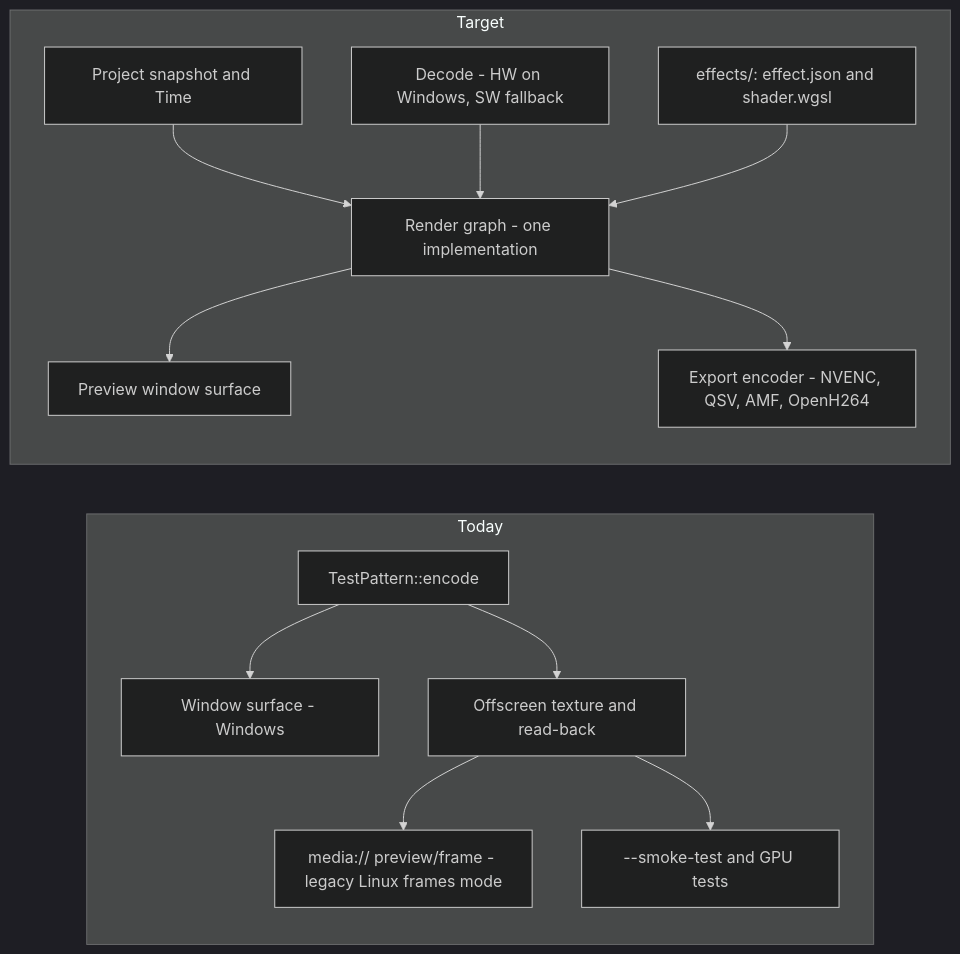
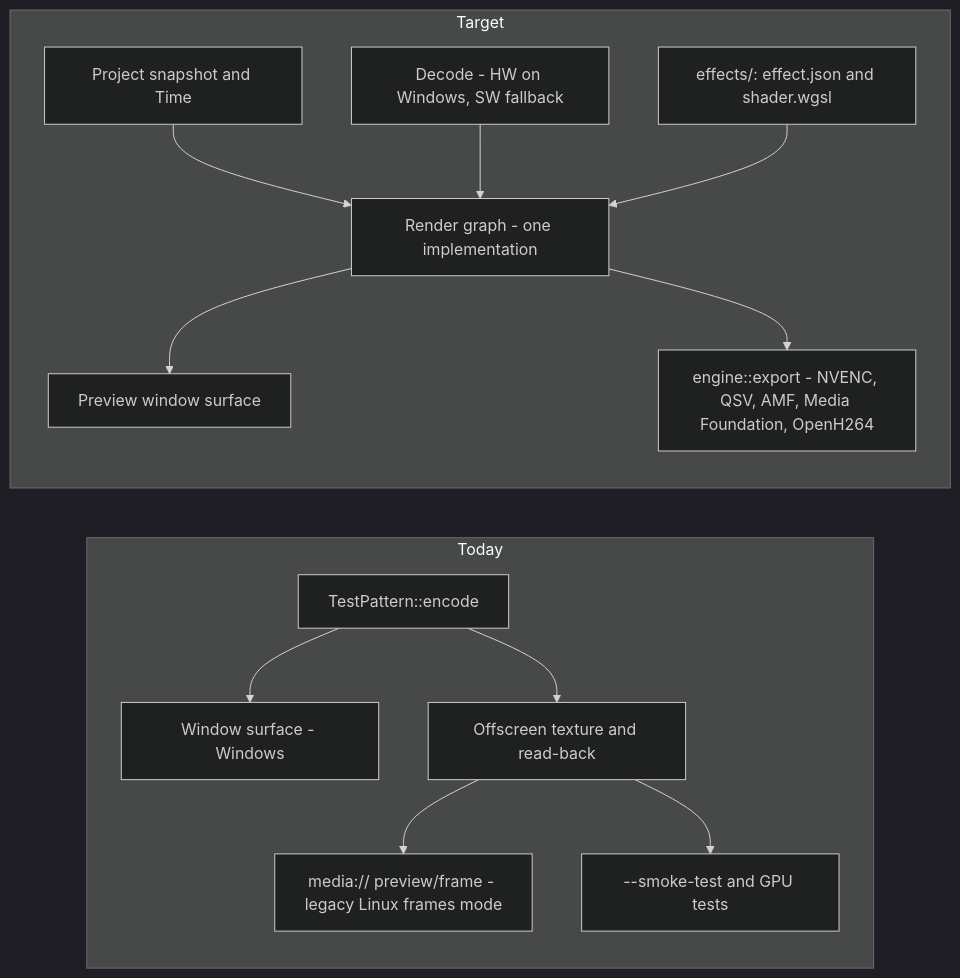
The fourth of 7 diagrams in docs/architecture.md (emicon123/cutframe), drawn with Mermaid (dark theme) before and after one commit. The commit also changed other lines of this file and 1 other file, not shown here.

First line of the commit message:
docs: point the architecture overview at the render, playback and export designs

````diff
--- a/docs/architecture.md
+++ b/docs/architecture.md
@@ -104,16 +108,16 @@
 ```mermaid
 flowchart LR
   subgraph Today
     tp["TestPattern::encode"] --> surf["Window surface - Windows"]
     tp --> off["Offscreen texture and read-back"]
     off --> fr["media:// preview/frame - legacy Linux frames mode"]
     off --> smoke["--smoke-test and GPU tests"]
   end
   subgraph Target
     snap["Project snapshot and Time"] --> rgraph["Render graph - one implementation"]
     dec["Decode - HW on Windows, SW fallback"] --> rgraph
     fx["effects/: effect.json and shader.wgsl"] --> rgraph
     rgraph --> pv["Preview window surface"]
-    rgraph --> ex["Export encoder - NVENC, QSV, AMF, OpenH264"]
+    rgraph --> ex["engine::export - NVENC, QSV, AMF, Media Foundation, OpenH264"]
   end
 ```
````
